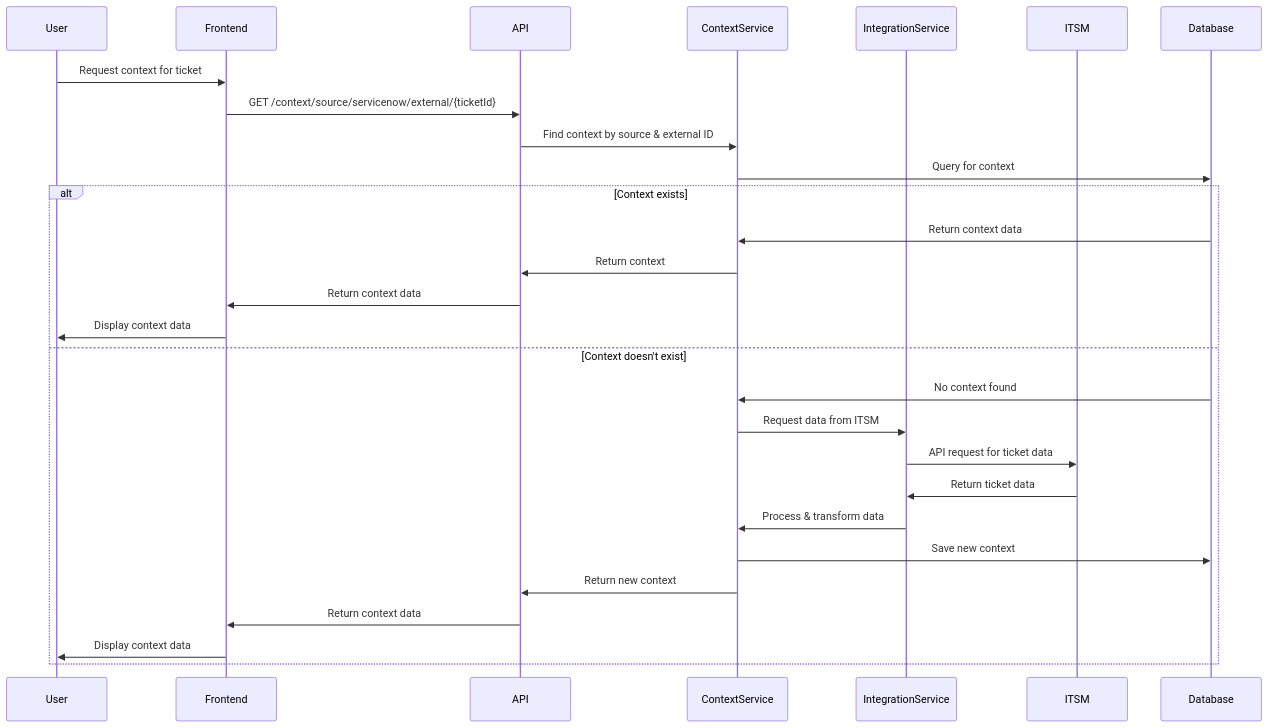
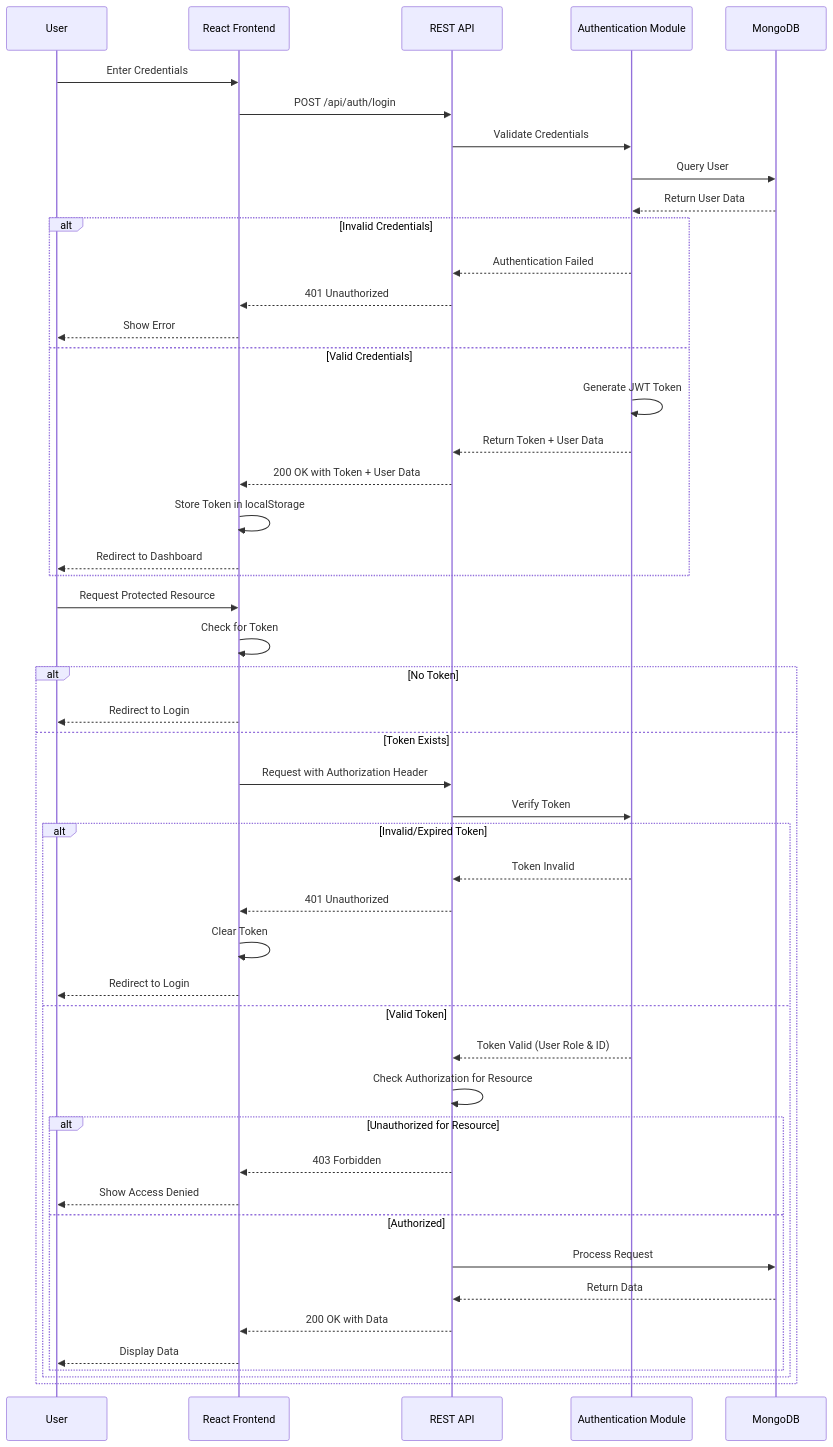
The second of 5 diagrams in diagrams/index.md (madosh/MCP-ITSM), drawn with Mermaid before and after one commit. The commit also changed other lines of this file and 6 other files, not shown here.

Commit message:
Add comprehensive diagrams for ITSM Integration Platform

````diff
--- a/diagrams/index.md
+++ b/diagrams/index.md
@@ -58,33 +69,58 @@
 ```mermaid
 sequenceDiagram
     participant User
-    participant Frontend
-    participant API
-    participant ContextService
-    participant IntegrationService
-    participant ITSM
-    participant DB as Database
+    participant Frontend as React Frontend
+    participant API as REST API
+    participant Auth as Authentication Module
+    participant DB as MongoDB
     
-    User->>Frontend: Request context for ticket
-    Frontend->>API: GET /context/source/servicenow/external/{ticketId}
+    %% User Login Flow
+    User->>Frontend: Enter Credentials
+    Frontend->>API: POST /api/auth/login
+    API->>Auth: Validate Credentials
+    Auth->>DB: Query User
+    DB-->>Auth: Return User Data
     
-    API->>ContextService: Find context by source & external ID
-    ContextService->>DB: Query for context
+    alt Invalid Credentials
+        Auth-->>API: Authentication Failed
+        API-->>Frontend: 401 Unauthorized
+        Frontend-->>User: Show Error
+    else Valid Credentials
+        Auth->>Auth: Generate JWT Token
+        Auth-->>API: Return Token + User Data
+        API-->>Frontend: 200 OK with Token + User Data
+        Frontend->>Frontend: Store Token in localStorage
+        Frontend-->>User: Redirect to Dashboard
+    end
     
-    alt Context exists
-        DB->>ContextService: Return context data
-        ContextService->>API: Return context
-        API->>Frontend: Return context data
-        Frontend->>User: Display context data
-    else Context doesn't exist
-        DB->>ContextService: No context found
-        ContextService->>IntegrationService: Request data from ITSM
-        IntegrationService->>ITSM: API request for ticket data
-        ITSM->>IntegrationService: Return ticket data
-        IntegrationService->>ContextService: Process & transform data
-        ContextService->>DB: Save new context
-        ContextService->>API: Return new context
-        API->>Frontend: Return context data
-        Frontend->>User: Display context data
+    %% Authenticated Request Flow
+    User->>Frontend: Request Protected Resource
+    Frontend->>Frontend: Check for Token
+    
+    alt No Token
+        Frontend-->>User: Redirect to Login
+    else Token Exists
+        Frontend->>API: Request with Authorization Header
+        API->>Auth: Verify Token
+        
+        alt Invalid/Expired Token
+            Auth-->>API: Token Invalid
+            API-->>Frontend: 401 Unauthorized
+            Frontend->>Frontend: Clear Token
+            Frontend-->>User: Redirect to Login
+        else Valid Token
+            Auth-->>API: Token Valid (User Role & ID)
+            API->>API: Check Authorization for Resource
+            
+            alt Unauthorized for Resource
+                API-->>Frontend: 403 Forbidden
+                Frontend-->>User: Show Access Denied
+            else Authorized
+                API->>DB: Process Request
+                DB-->>API: Return Data
+                API-->>Frontend: 200 OK with Data
+                Frontend-->>User: Display Data
+            end
+        end
     end
 ```
````
